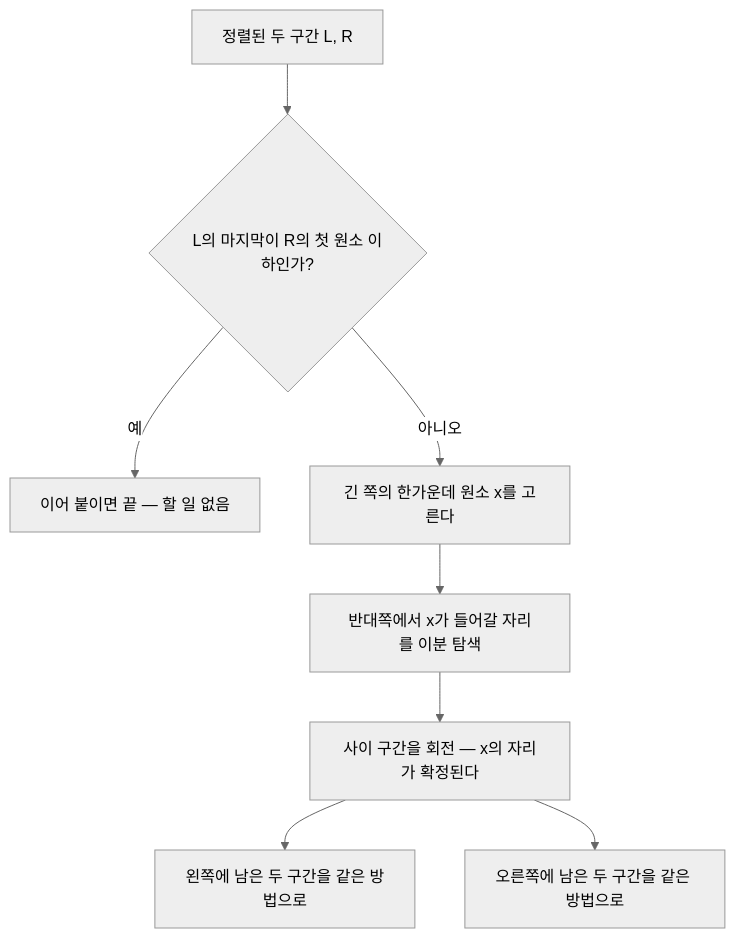
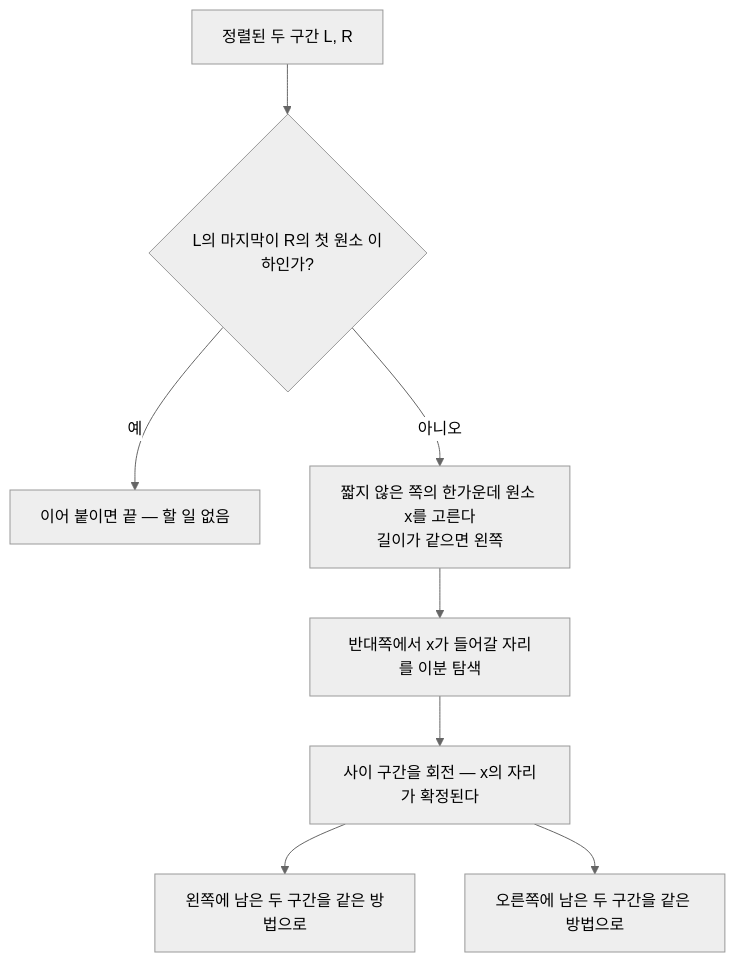
One commit to lec-algorithm/hw1-sample-2026 changed the eighth of 10 diagrams in report/REPORT.md. Above: the diagram before and after it, drawn with Mermaid (neutral theme). The commit also changed other lines of this file and 2 other files, not shown here.

````diff
--- a/report/REPORT.md
+++ b/report/REPORT.md
@@ -284,10 +295,10 @@
 ```mermaid
 flowchart TD
     A["정렬된 두 구간 L, R"] --> B{"L의 마지막이 R의 첫 원소 이하인가?"}
     B -->|"예"| Z["이어 붙이면 끝 — 할 일 없음"]
-    B -->|"아니오"| C["긴 쪽의 한가운데 원소 x를 고른다"]
+    B -->|"아니오"| C["짧지 않은 쪽의 한가운데 원소 x를 고른다<br/>길이가 같으면 왼쪽"]
     C --> D["반대쪽에서 x가 들어갈 자리를 이분 탐색"]
     D --> E["사이 구간을 회전 — x의 자리가 확정된다"]
     E --> F["왼쪽에 남은 두 구간을 같은 방법으로"]
     E --> G["오른쪽에 남은 두 구간을 같은 방법으로"]
 ```
````
